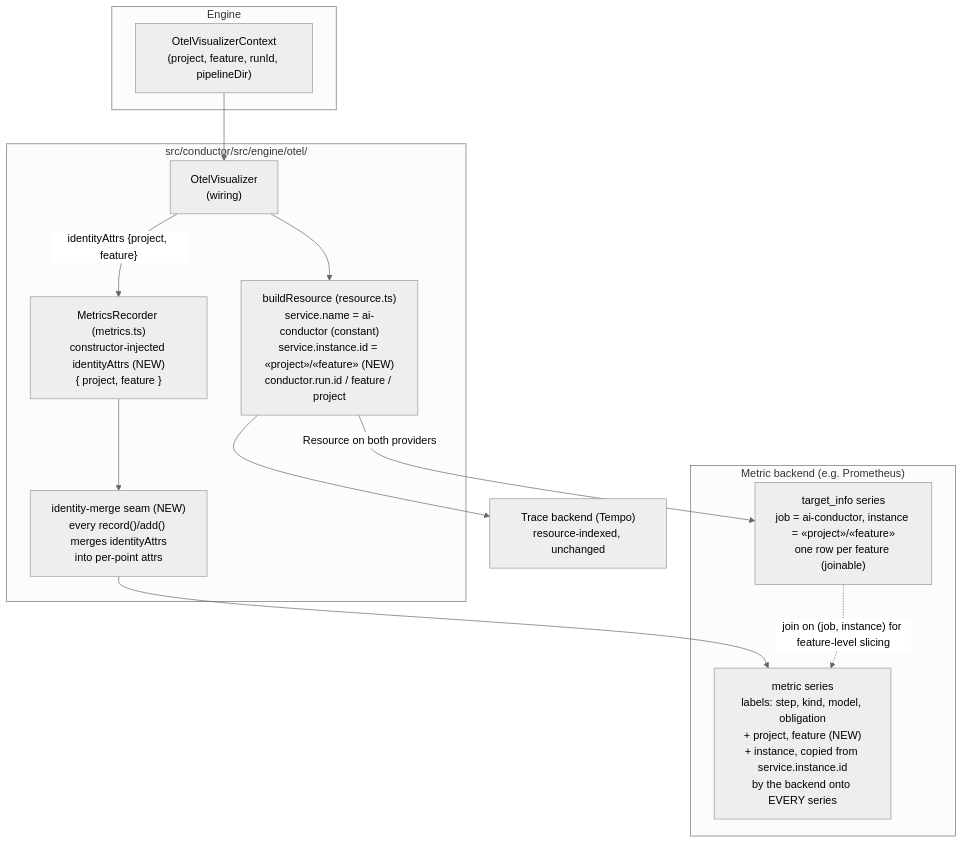
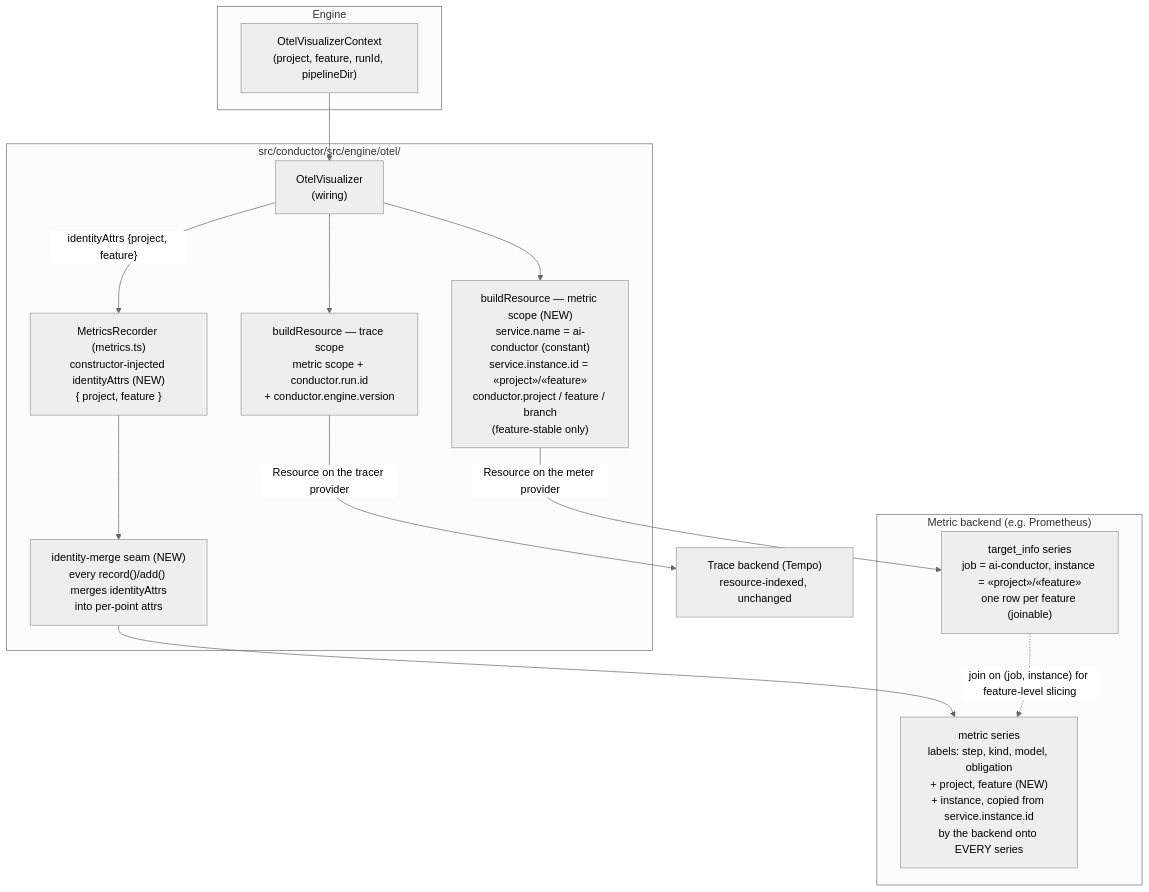
One commit to jstoup111/ai-conductor changed the diagram in .docs/architecture/every-project-reports-the-same-otel-identity-so-me.md. Above: the diagram before and after it, drawn with Mermaid (neutral theme). The commit also changed other lines of this file and 4 other files, not shown here.

````diff
--- a/.docs/architecture/every-project-reports-the-same-otel-identity-so-me.md
+++ b/.docs/architecture/every-project-reports-the-same-otel-identity-so-me.md
@@ -10,29 +10,31 @@
 ```mermaid
 graph TD
     subgraph Engine
         CTX["OtelVisualizerContext<br/>(project, feature, runId, pipelineDir)"]
     end
 
     subgraph otel["src/conductor/src/engine/otel/"]
         VIS["OtelVisualizer<br/>(wiring)"]
-        RES["buildResource (resource.ts)<br/>service.name = ai-conductor (constant)<br/>service.instance.id = «project»/«feature» (NEW)<br/>conductor.run.id / feature / project"]
+        RESM["buildResource — metric scope (NEW)<br/>service.name = ai-conductor (constant)<br/>service.instance.id = «project»/«feature»<br/>conductor.project / feature / branch<br/>(feature-stable only)"]
+        REST["buildResource — trace scope<br/>metric scope + conductor.run.id<br/>+ conductor.engine.version"]
         MRC["MetricsRecorder (metrics.ts)<br/>constructor-injected identityAttrs (NEW)<br/>{ project, feature }"]
         SEAM["identity-merge seam (NEW)<br/>every record()/add() merges identityAttrs<br/>into per-point attrs"]
     end
 
     subgraph Backend["Metric backend (e.g. Prometheus)"]
         TI["target_info series<br/>job = ai-conductor, instance = «project»/«feature»<br/>one row per feature (joinable)"]
         DP["metric series<br/>labels: step, kind, model, obligation<br/>+ project, feature (NEW)<br/>+ instance, copied from service.instance.id<br/>by the backend onto EVERY series"]
     end
 
     TEMPO["Trace backend (Tempo)<br/>resource-indexed, unchanged"]
 
     CTX --> VIS
-    VIS --> RES
+    VIS --> RESM
+    VIS --> REST
     VIS -->|"identityAttrs {project, feature}"| MRC
     MRC --> SEAM
-    RES -->|Resource on both providers| TI
-    RES --> TEMPO
+    RESM -->|Resource on the meter provider| TI
+    REST -->|Resource on the tracer provider| TEMPO
     SEAM --> DP
     TI -.->|"join on (job, instance) for feature-level slicing"| DP
 ```
````
